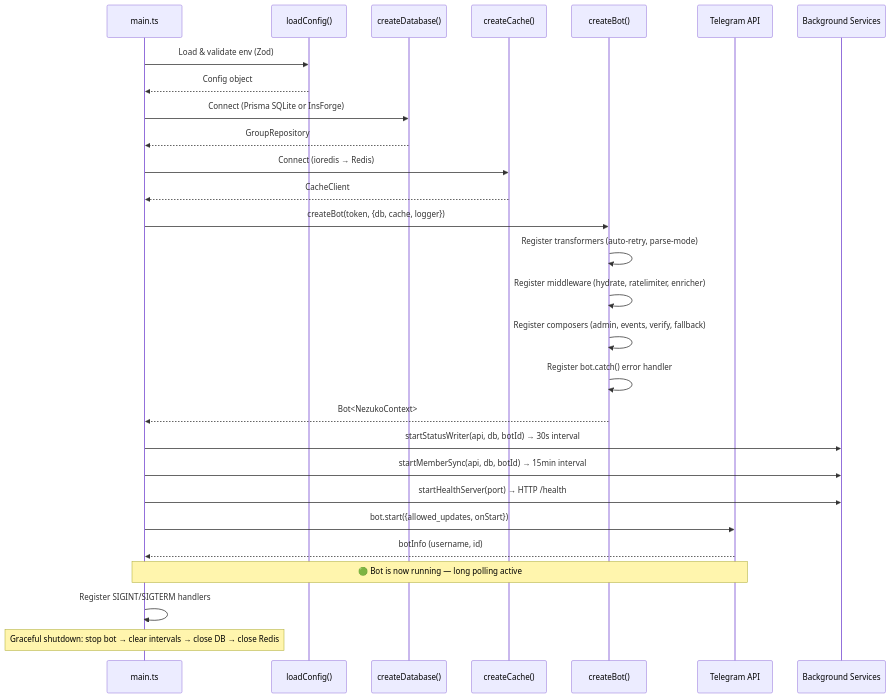
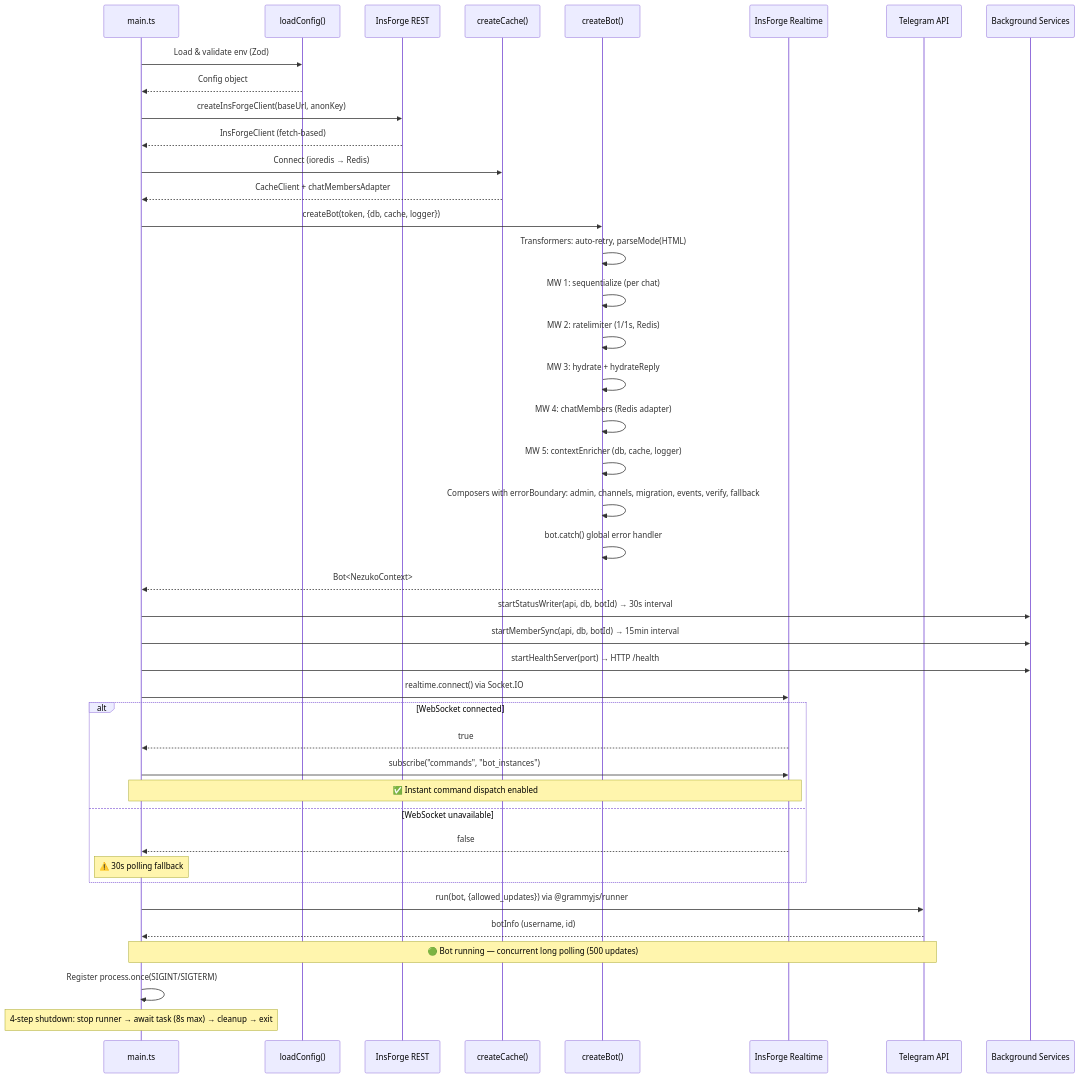
The first of 7 diagrams in GRAMMY_AUDIT_PLAN.md (mohdakil2426/Nezuko-Telegram-Bot), drawn with Mermaid before and after one commit. The commit also changed other lines of this file, not shown here.

````diff
--- a/GRAMMY_AUDIT_PLAN.md
+++ b/GRAMMY_AUDIT_PLAN.md
@@ -1940,38 +2410,53 @@
 ```mermaid
 sequenceDiagram
     participant Main as main.ts
     participant Config as loadConfig()
-    participant DB as createDatabase()
+    participant DB as InsForge REST
     participant Cache as createCache()
     participant Factory as createBot()
+    participant RT as InsForge Realtime
     participant TG as Telegram API
     participant Services as Background Services
 
     Main->>Config: Load & validate env (Zod)
     Config-->>Main: Config object
 
-    Main->>DB: Connect (Prisma SQLite or InsForge)
-    DB-->>Main: GroupRepository
+    Main->>DB: createInsForgeClient(baseUrl, anonKey)
+    DB-->>Main: InsForgeClient (fetch-based)
 
     Main->>Cache: Connect (ioredis → Redis)
-    Cache-->>Main: CacheClient
+    Cache-->>Main: CacheClient + chatMembersAdapter
 
     Main->>Factory: createBot(token, {db, cache, logger})
-    Factory->>Factory: Register transformers (auto-retry, parse-mode)
-    Factory->>Factory: Register middleware (hydrate, ratelimiter, enricher)
-    Factory->>Factory: Register composers (admin, events, verify, fallback)
-    Factory->>Factory: Register bot.catch() error handler
+    Factory->>Factory: Transformers: auto-retry, parseMode(HTML)
+    Factory->>Factory: MW 1: sequentialize (per chat)
+    Factory->>Factory: MW 2: ratelimiter (1/1s, Redis)
+    Factory->>Factory: MW 3: hydrate + hydrateReply
+    Factory->>Factory: MW 4: chatMembers (Redis adapter)
+    Factory->>Factory: MW 5: contextEnricher (db, cache, logger)
+    Factory->>Factory: Composers with errorBoundary: admin, channels, migration, events, verify, fallback
+    Factory->>Factory: bot.catch() global error handler
     Factory-->>Main: Bot<NezukoContext>
 
     Main->>Services: startStatusWriter(api, db, botId) → 30s interval
     Main->>Services: startMemberSync(api, db, botId) → 15min interval
     Main->>Services: startHealthServer(port) → HTTP /health
 
-    Main->>TG: bot.start({allowed_updates, onStart})
+    Main->>RT: realtime.connect() via Socket.IO
+    alt WebSocket connected
+        RT-->>Main: true
+        Main->>RT: subscribe("commands", "bot_instances")
+        Note over Main,RT: ✅ Instant command dispatch enabled
+    else WebSocket unavailable
+        RT-->>Main: false
+        Note over Main: ⚠️ 30s polling fallback
+    end
+
+    Main->>TG: run(bot, {allowed_updates}) via @grammyjs/runner
     TG-->>Main: botInfo (username, id)
 
-    Note over Main,TG: 🟢 Bot is now running — long polling active
+    Note over Main,TG: 🟢 Bot running — concurrent long polling (500 updates)
 
-    Main->>Main: Register SIGINT/SIGTERM handlers
-    Note over Main: Graceful shutdown: stop bot → clear intervals → close DB → close Redis
+    Main->>Main: Register process.once(SIGINT/SIGTERM)
+    Note over Main: 4-step shutdown: stop runner → await task (8s max) → cleanup → exit
 ```
````
